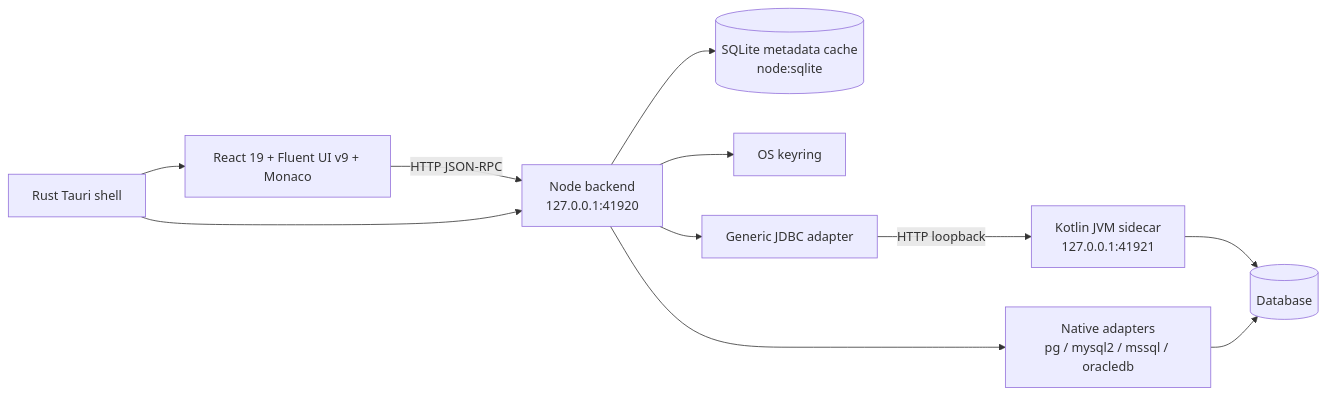
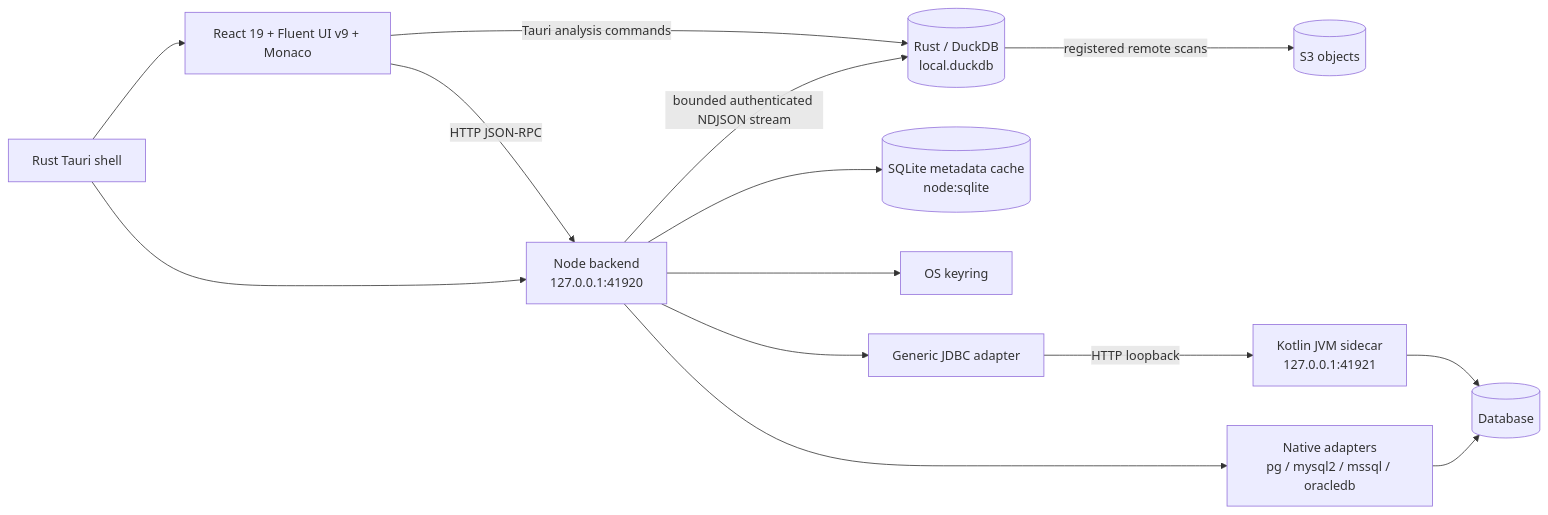
One commit to cccadet/omni-sql changed the first of 2 diagrams in docs/ARCHITECTURE.md. Above: the diagram before and after it, drawn with Mermaid. The commit also changed other lines of this file and 23 other files, not shown here.

Commit message:
Consolidate Rust data engine lifecycle and analytical flows

````diff
--- a/docs/ARCHITECTURE.md
+++ b/docs/ARCHITECTURE.md
@@ -6,13 +6,16 @@
 ```mermaid
 flowchart LR
   UI[React 19 + Fluent UI v9 + Monaco] -->|HTTP JSON-RPC| API[Node backend\n127.0.0.1:41920]
   Shell[Rust Tauri shell] --> UI
   Shell --> API
+  UI -->|Tauri analysis commands| DuckDB[(Rust / DuckDB\nlocal.duckdb)]
+  API -->|bounded authenticated NDJSON stream| DuckDB
+  DuckDB -->|registered remote scans| S3[(S3 objects)]
   API --> Cache[(SQLite metadata cache\nnode:sqlite)]
   API --> Keyring[OS keyring]
   API --> Native[Native adapters\npg / mysql2 / mssql / oracledb]
   API --> JDBC[Generic JDBC adapter]
   JDBC -->|HTTP loopback| JVM[Kotlin JVM sidecar\n127.0.0.1:41921]
   JVM --> DB[(Database)]
   Native --> DB
 ```
````
